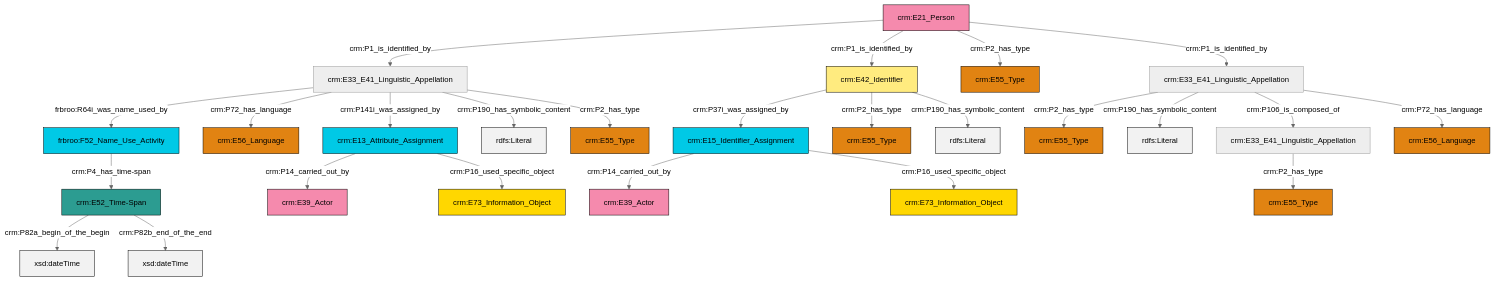
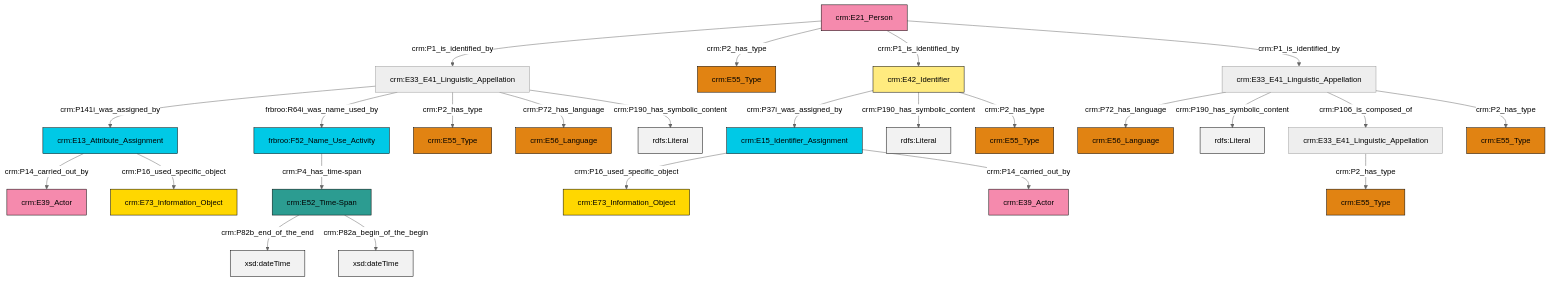
Before and after one commit to swiss-art-research-net/docs.swissartresearch: the diagram in et/personCSV/ttl/mmd/Person_Names_and_Classification.ttl.mmd, drawn with Mermaid (neutral theme). The commit also changed 182 other files, not shown here.

```diff
--- a/et/personCSV/ttl/mmd/Person_Names_and_Classification.ttl.mmd
+++ b/et/personCSV/ttl/mmd/Person_Names_and_Classification.ttl.mmd
@@ -1,39 +1,39 @@
 graph TD
 classDef Literal fill:#f2f2f2,stroke:#000000;
 classDef CRM_Entity fill:#FFFFFF,stroke:#000000;
 classDef Temporal_Entity fill:#00C9E6, stroke:#000000;
 classDef Type fill:#E18312, stroke:#000000;
 classDef Time-Span fill:#2C9C91, stroke:#000000;
 classDef Appellation fill:#FFEB7F, stroke:#000000;
 classDef Place fill:#008836, stroke:#000000;
 classDef Persistent_Item fill:#B266B2, stroke:#000000;
 classDef Conceptual_Object fill:#FFD700, stroke:#000000;
 classDef Physical_Thing fill:#D2B48C, stroke:#000000;
 classDef Actor fill:#f58aad, stroke:#000000;
 classDef PC_Classes fill:#4ce600, stroke:#000000;
 classDef Multi fill:#cccccc,stroke:#000000;
 
-4["crm:E21_Person"]:::Actor -->|crm:P1_is_identified_by| 5["crm:E33_E41_Linguistic_Appellation"]:::Default
-8["crm:E33_E41_Linguistic_Appellation"]:::Default -->|crm:P2_has_type| 10["crm:E55_Type"]:::Type
-11["crm:E13_Attribute_Assignment"]:::Temporal_Entity -->|crm:P14_carried_out_by| 12["crm:E39_Actor"]:::Actor
-15["crm:E52_Time-Span"]:::Time-Span -->|crm:P82a_begin_of_the_begin| 16[xsd:dateTime]:::Literal
-5["crm:E33_E41_Linguistic_Appellation"]:::Default -->|frbroo:R64i_was_name_used_by| 17["frbroo:F52_Name_Use_Activity"]:::Temporal_Entity
-17["frbroo:F52_Name_Use_Activity"]:::Temporal_Entity -->|crm:P4_has_time-span| 15["crm:E52_Time-Span"]:::Time-Span
-8["crm:E33_E41_Linguistic_Appellation"]:::Default -->|crm:P190_has_symbolic_content| 23[rdfs:Literal]:::Literal
-11["crm:E13_Attribute_Assignment"]:::Temporal_Entity -->|crm:P16_used_specific_object| 26["crm:E73_Information_Object"]:::Conceptual_Object
-4["crm:E21_Person"]:::Actor -->|crm:P1_is_identified_by| 13["crm:E42_Identifier"]:::Appellation
-13["crm:E42_Identifier"]:::Appellation -->|crm:P37i_was_assigned_by| 30["crm:E15_Identifier_Assignment"]:::Temporal_Entity
-8["crm:E33_E41_Linguistic_Appellation"]:::Default -->|crm:P106_is_composed_of| 19["crm:E33_E41_Linguistic_Appellation"]:::Default
-30["crm:E15_Identifier_Assignment"]:::Temporal_Entity -->|crm:P14_carried_out_by| 32["crm:E39_Actor"]:::Actor
-13["crm:E42_Identifier"]:::Appellation -->|crm:P2_has_type| 2["crm:E55_Type"]:::Type
-5["crm:E33_E41_Linguistic_Appellation"]:::Default -->|crm:P72_has_language| 34["crm:E56_Language"]:::Type
-5["crm:E33_E41_Linguistic_Appellation"]:::Default -->|crm:P141i_was_assigned_by| 11["crm:E13_Attribute_Assignment"]:::Temporal_Entity
-13["crm:E42_Identifier"]:::Appellation -->|crm:P190_has_symbolic_content| 35[rdfs:Literal]:::Literal
-4["crm:E21_Person"]:::Actor -->|crm:P2_has_type| 6["crm:E55_Type"]:::Type
-4["crm:E21_Person"]:::Actor -->|crm:P1_is_identified_by| 8["crm:E33_E41_Linguistic_Appellation"]:::Default
-5["crm:E33_E41_Linguistic_Appellation"]:::Default -->|crm:P190_has_symbolic_content| 38[rdfs:Literal]:::Literal
-19["crm:E33_E41_Linguistic_Appellation"]:::Default -->|crm:P2_has_type| 27["crm:E55_Type"]:::Type
-5["crm:E33_E41_Linguistic_Appellation"]:::Default -->|crm:P2_has_type| 24["crm:E55_Type"]:::Type
-30["crm:E15_Identifier_Assignment"]:::Temporal_Entity -->|crm:P16_used_specific_object| 0["crm:E73_Information_Object"]:::Conceptual_Object
-8["crm:E33_E41_Linguistic_Appellation"]:::Default -->|crm:P72_has_language| 36["crm:E56_Language"]:::Type
-15["crm:E52_Time-Span"]:::Time-Span -->|crm:P82b_end_of_the_end| 44[xsd:dateTime]:::Literal
+0["crm:E21_Person"]:::Actor -->|crm:P1_is_identified_by| 1["crm:E33_E41_Linguistic_Appellation"]:::Default
+8["crm:E33_E41_Linguistic_Appellation"]:::Default -->|crm:P2_has_type| 6["crm:E55_Type"]:::Type
+11["crm:E33_E41_Linguistic_Appellation"]:::Default -->|crm:P72_has_language| 12["crm:E56_Language"]:::Type
+11["crm:E33_E41_Linguistic_Appellation"]:::Default -->|crm:P190_has_symbolic_content| 14[rdfs:Literal]:::Literal
+0["crm:E21_Person"]:::Actor -->|crm:P2_has_type| 15["crm:E55_Type"]:::Type
+16["crm:E42_Identifier"]:::Appellation -->|crm:P37i_was_assigned_by| 17["crm:E15_Identifier_Assignment"]:::Temporal_Entity
+16["crm:E42_Identifier"]:::Appellation -->|crm:P190_has_symbolic_content| 18[rdfs:Literal]:::Literal
+21["frbroo:F52_Name_Use_Activity"]:::Temporal_Entity -->|crm:P4_has_time-span| 22["crm:E52_Time-Span"]:::Time-Span
+0["crm:E21_Person"]:::Actor -->|crm:P1_is_identified_by| 16["crm:E42_Identifier"]:::Appellation
+1["crm:E33_E41_Linguistic_Appellation"]:::Default -->|crm:P141i_was_assigned_by| 23["crm:E13_Attribute_Assignment"]:::Temporal_Entity
+22["crm:E52_Time-Span"]:::Time-Span -->|crm:P82b_end_of_the_end| 24[xsd:dateTime]:::Literal
+1["crm:E33_E41_Linguistic_Appellation"]:::Default -->|frbroo:R64i_was_name_used_by| 21["frbroo:F52_Name_Use_Activity"]:::Temporal_Entity
+1["crm:E33_E41_Linguistic_Appellation"]:::Default -->|crm:P2_has_type| 26["crm:E55_Type"]:::Type
+22["crm:E52_Time-Span"]:::Time-Span -->|crm:P82a_begin_of_the_begin| 27[xsd:dateTime]:::Literal
+16["crm:E42_Identifier"]:::Appellation -->|crm:P2_has_type| 33["crm:E55_Type"]:::Type
+1["crm:E33_E41_Linguistic_Appellation"]:::Default -->|crm:P72_has_language| 2["crm:E56_Language"]:::Type
+23["crm:E13_Attribute_Assignment"]:::Temporal_Entity -->|crm:P14_carried_out_by| 9["crm:E39_Actor"]:::Actor
+1["crm:E33_E41_Linguistic_Appellation"]:::Default -->|crm:P190_has_symbolic_content| 37[rdfs:Literal]:::Literal
+23["crm:E13_Attribute_Assignment"]:::Temporal_Entity -->|crm:P16_used_specific_object| 4["crm:E73_Information_Object"]:::Conceptual_Object
+0["crm:E21_Person"]:::Actor -->|crm:P1_is_identified_by| 11["crm:E33_E41_Linguistic_Appellation"]:::Default
+11["crm:E33_E41_Linguistic_Appellation"]:::Default -->|crm:P106_is_composed_of| 8["crm:E33_E41_Linguistic_Appellation"]:::Default
+17["crm:E15_Identifier_Assignment"]:::Temporal_Entity -->|crm:P16_used_specific_object| 29["crm:E73_Information_Object"]:::Conceptual_Object
+11["crm:E33_E41_Linguistic_Appellation"]:::Default -->|crm:P2_has_type| 19["crm:E55_Type"]:::Type
+17["crm:E15_Identifier_Assignment"]:::Temporal_Entity -->|crm:P14_carried_out_by| 41["crm:E39_Actor"]:::Actor
```
